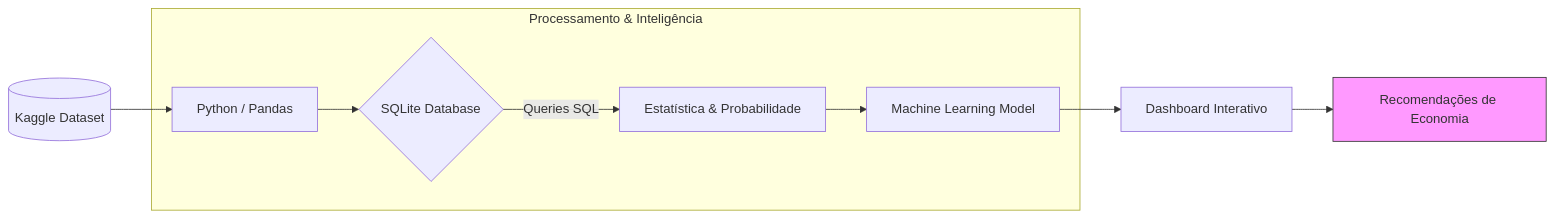
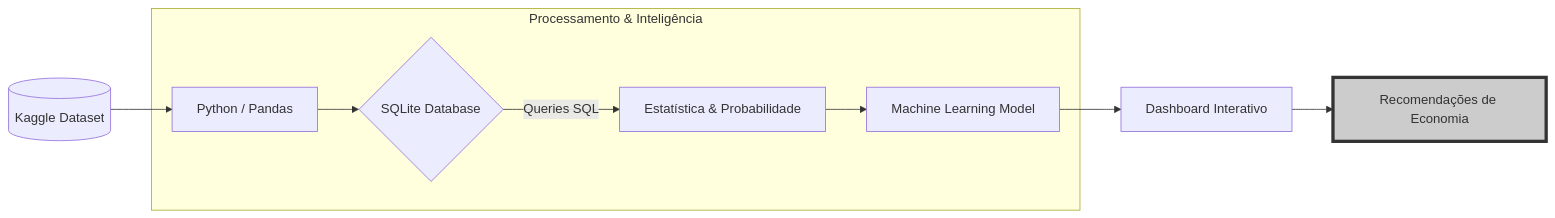
One commit to mydevslab/smartConsumer-insight-engine changed the diagram in README.md. Above: the diagram before and after it, drawn with Mermaid.

Commit message:
Change style for element G to a lighter color
Updated style for element G in README.

````diff
--- a/README.md
+++ b/README.md
@@ -22,19 +22,19 @@
 ```mermaid
   graph LR
       A[(Kaggle Dataset)] --> B[Python / Pandas]
       B --> C{SQLite Database}
       C -->| Queries SQL | D[Estatística & Probabilidade]
       D --> E[Machine Learning Model]
       E --> F[Dashboard Interativo]
       F --> G[Recomendações de Economia]
 
       subgraph "Processamento & Inteligência"
       B
       C
       D
       E
       end
 
-      style G fill:#f9f,stroke:#333,color:#333;stroke-width:4px      
+      style G fill:#CCCCCC,stroke:#333,color:#333,stroke-width:4px      
       
 ```
````
